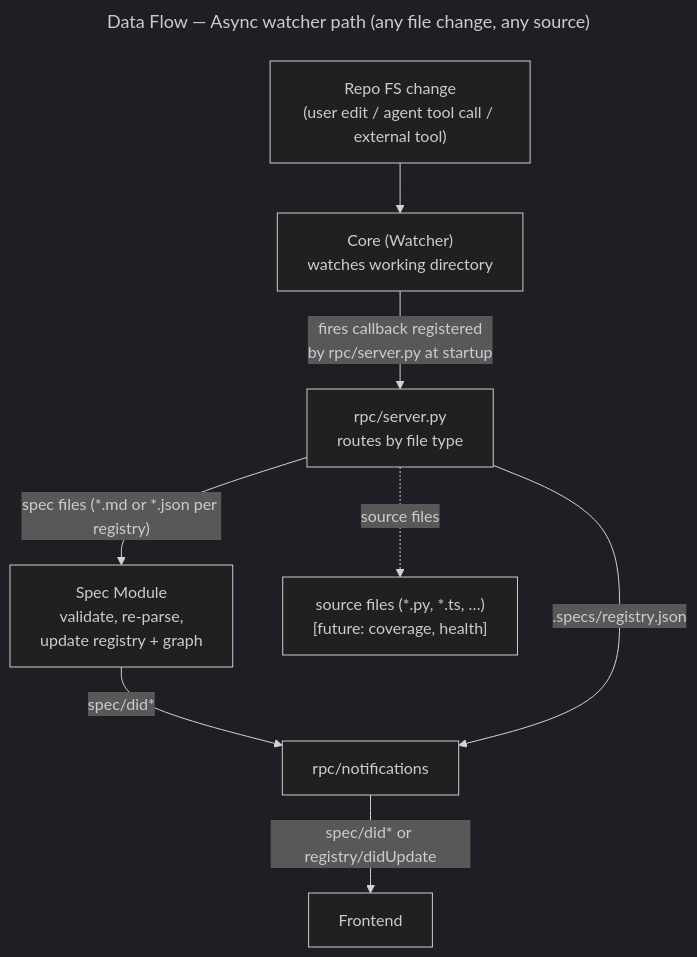
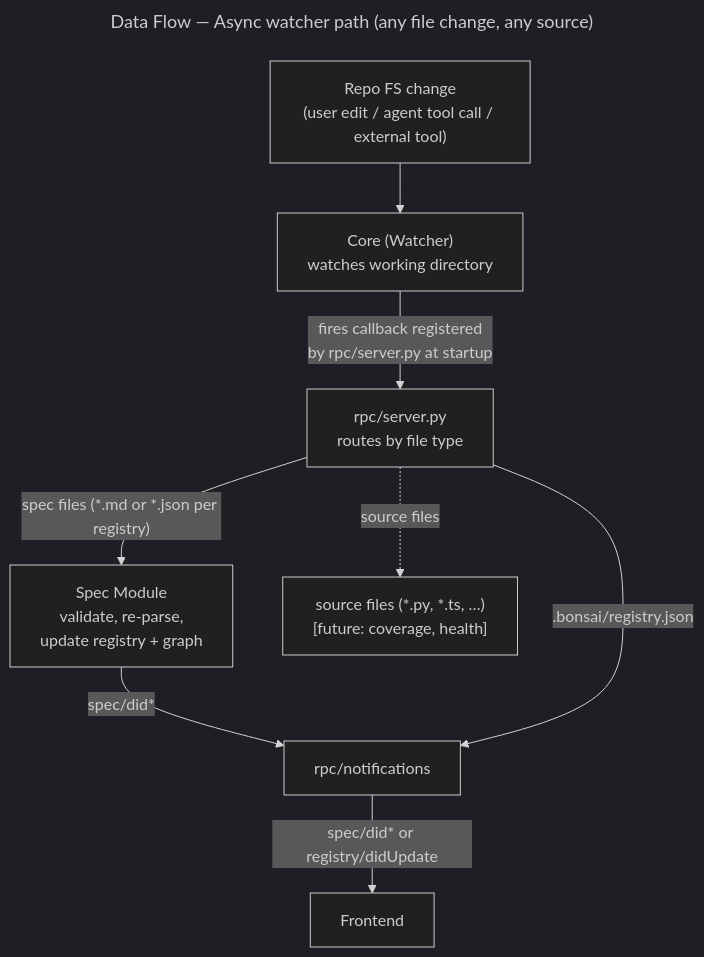
The third of 3 diagrams in DESIGN_DOC.md (JetBrains/thinkrail), drawn with Mermaid (dark theme) before and after one commit. The commit also changed other lines of this file and 53 other files, not shown here.

Commit message:
.specs -> .bonsai

````diff
--- a/DESIGN_DOC.md
+++ b/DESIGN_DOC.md
@@ -148,21 +148,21 @@
 ```mermaid
 ---
 title: "Data Flow — Async watcher path (any file change, any source)"
 ---
 graph TD
     Change["Repo FS change<br/>(user edit / agent tool call / external tool)"]
     Watcher["Core (Watcher)<br/>watches working directory"]
     Router["rpc/server.py<br/>routes by file type"]
     SpecMod["Spec Module<br/>validate, re-parse,<br/>update registry + graph"]
     Notify["rpc/notifications"]
     FE["Frontend"]
     Future["source files (*.py, *.ts, …)<br/>[future: coverage, health]"]
 
     Change --> Watcher
     Watcher -- "fires callback registered<br/>by rpc/server.py at startup" --> Router
     Router -- "spec files (*.md or *.json per registry)" --> SpecMod
     SpecMod -- "spec/did*" --> Notify
-    Router -- ".specs/registry.json" --> Notify
+    Router -- ".bonsai/registry.json" --> Notify
     Notify -- "spec/did* or registry/didUpdate" --> FE
     Router -. "source files" .-> Future
 ```
````
